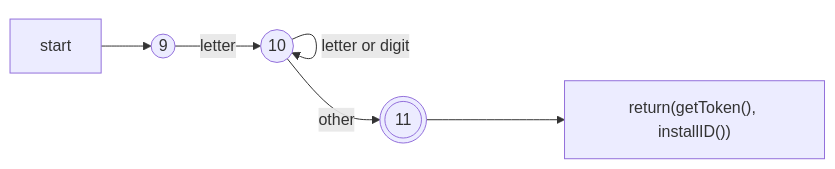
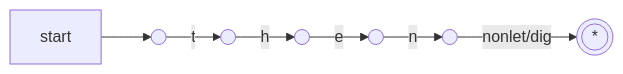
The second of 2 diagrams in 编译原理/词法分析.md (GreenHandHand/markdown-note), drawn with Mermaid before and after one commit. The commit also changed other lines of this file and 7 other files, not shown here.

````diff
--- a/编译原理/词法分析.md
+++ b/编译原理/词法分析.md
@@ -203,4 +210,4 @@
-```mermaid
-flowchart LR
-start-->A((9))-->|letter|B((10))-->|"letter or digit"|B-->|other|C(((11)))-->D["`return(getToken(), installID())`"]
-```
+	```mermaid
+	flowchart LR
+	start-->A(( ))-->|t|B(( ))-->|h|C(( ))-->|e|D(( ))-->|n|E(( ))-->|nonlet/dig|F(((*)))
+	```
````
